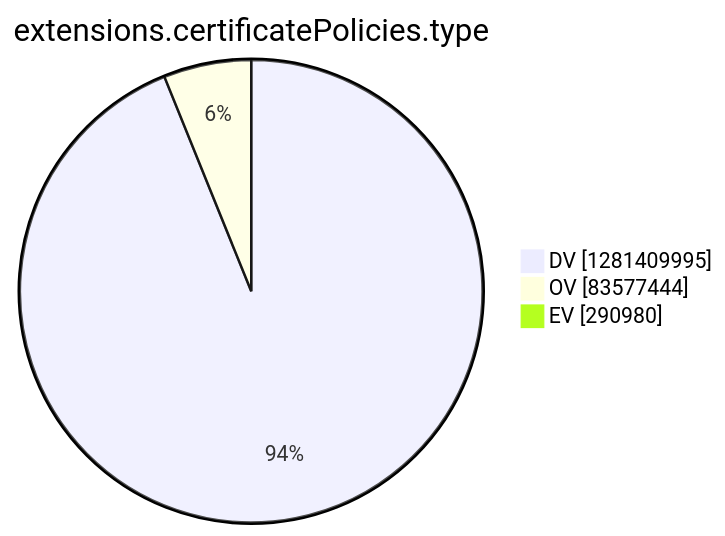
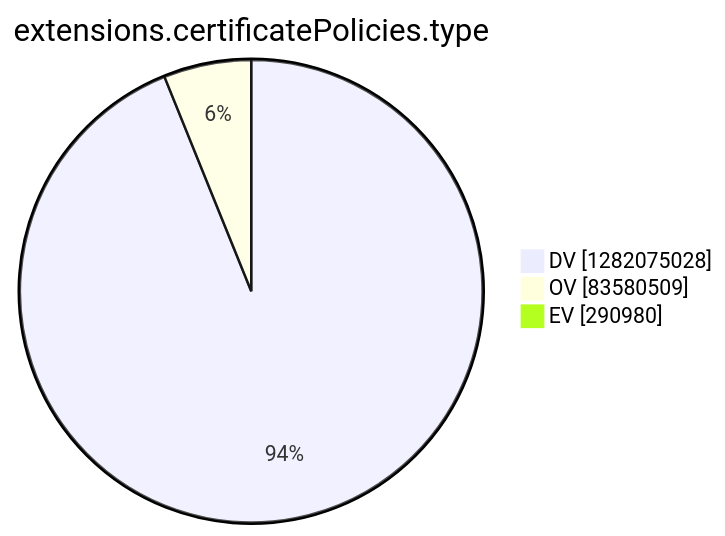
The tenth of 15 diagrams in argon2022/README.md (christiankrug/ctmonitor_visualization), drawn with Mermaid before and after one commit. The commit also changed other lines of this file, not shown here.

````diff
--- a/argon2022/README.md
+++ b/argon2022/README.md
@@ -2771,7 +2771,7 @@
 ```mermaid
 pie showData
 title extensions.certificatePolicies.type
-"DV" :1281409995
-"OV" :83577444
+"DV" :1282075028
+"OV" :83580509
 "EV" :290980
 ```
````
